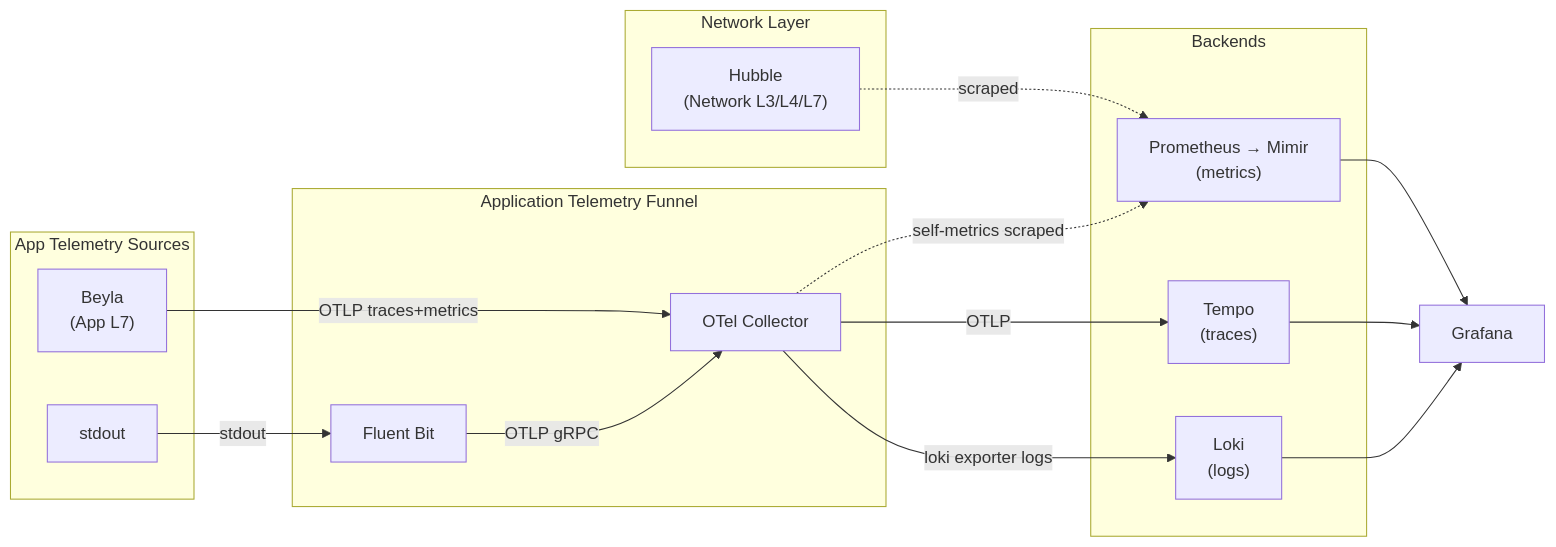
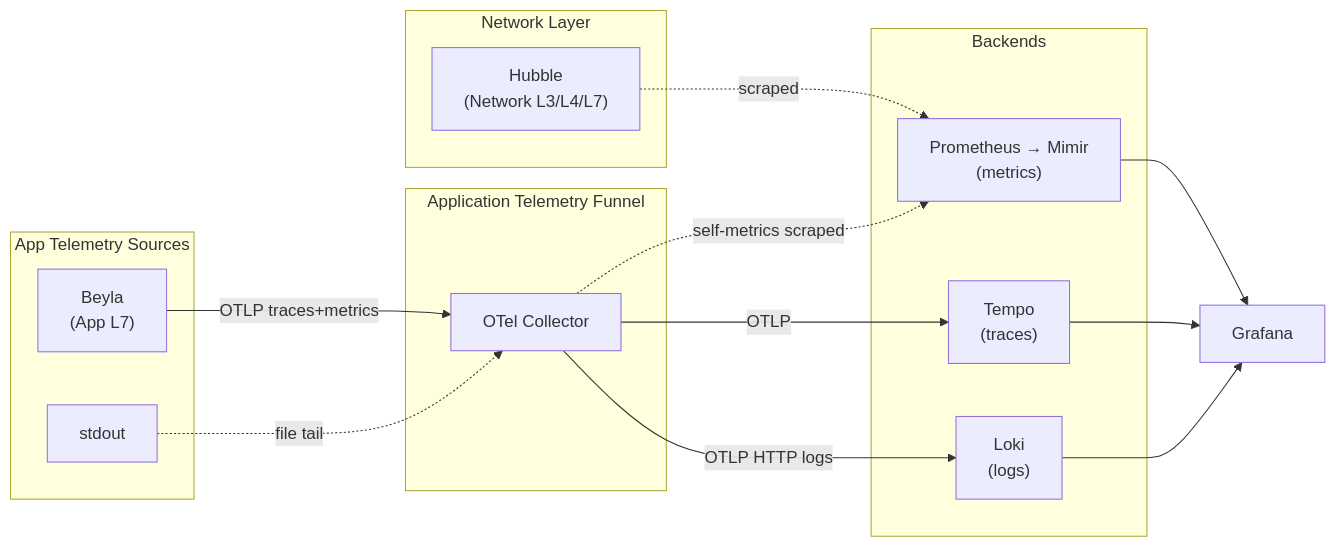
The second of 3 diagrams in kubernetes/README.md (panicboat/platform), drawn with Mermaid before and after one commit. The commit also changed other lines of this file and 10 other files, not shown here.

Commit message:
feat(eks): otel-native log collection (replace fluent-bit) (#342)

````diff
--- a/kubernetes/README.md
+++ b/kubernetes/README.md
@@ -89,38 +87,36 @@
 ```mermaid
 flowchart LR
     subgraph NetSources["Network Layer"]
         H["Hubble<br/>(Network L3/L4/L7)"]
     end
 
     subgraph AppSources["App Telemetry Sources"]
         B["Beyla<br/>(App L7)"]
         L["stdout"]
     end
 
     subgraph Funnel["Application Telemetry Funnel"]
-        FB["Fluent Bit"]
         OTel["OTel Collector"]
     end
 
     subgraph Backends["Backends"]
         P["Prometheus → Mimir<br/>(metrics)"]
         T["Tempo<br/>(traces)"]
         LO["Loki<br/>(logs)"]
     end
 
     Grafana["Grafana"]
 
     H -.->|scraped| P
 
     B -->|OTLP traces+metrics| OTel
-    L -->|stdout| FB
-    FB -->|OTLP gRPC| OTel
+    L -.->|file tail| OTel
 
     OTel -.->|self-metrics scraped| P
     OTel -->|OTLP| T
-    OTel -->|loki exporter logs| LO
+    OTel -->|OTLP HTTP logs| LO
 
     P --> Grafana
     T --> Grafana
     LO --> Grafana
 ```
````
